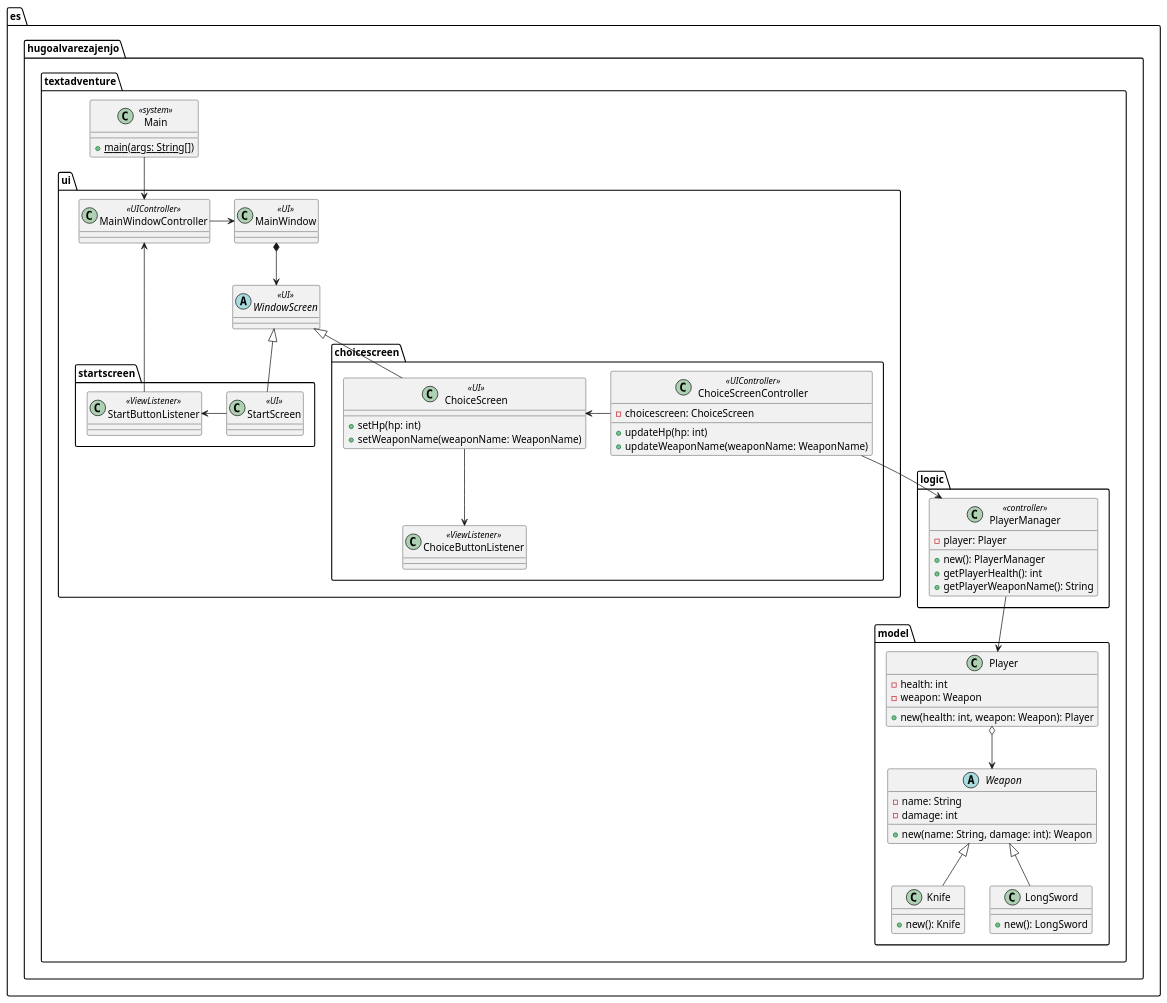
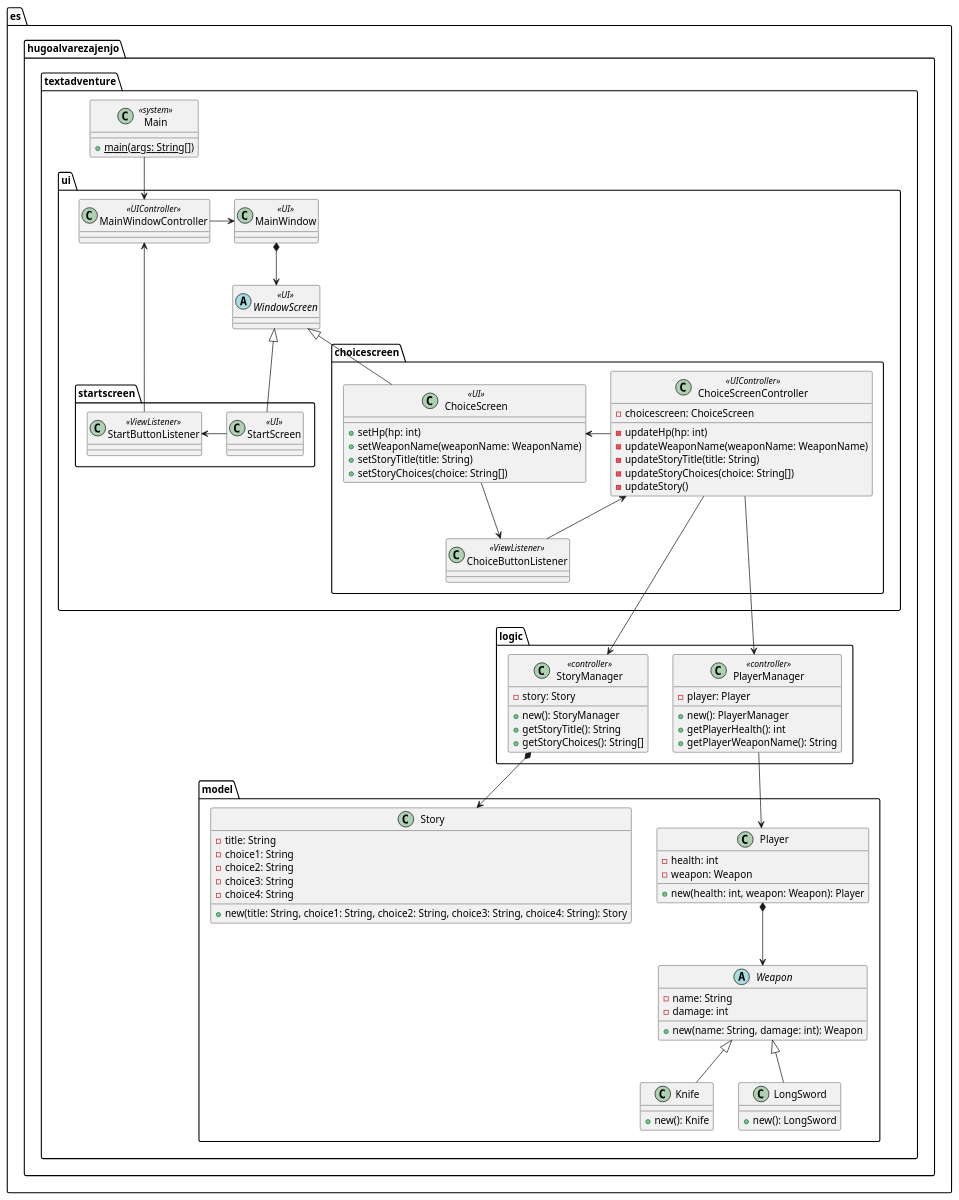
Before and after one commit to HugoAlvarezAjenjo/TextAdventure: the diagram in docs/ClassDiagram.puml, drawn with PlantUML.

Commit message:
docs: UML Model Choice Button listener

```diff
--- a/docs/ClassDiagram.puml
+++ b/docs/ClassDiagram.puml
@@ -1,87 +1,112 @@
 @startuml TextAdventure Class Diagram
 package es.hugoalvarezajenjo.textadventure {
     package model {
         class Player {
             - health: int
             - weapon: Weapon
             + new(health: int, weapon: Weapon): Player
         }
 
         abstract Weapon{
             - name: String
             - damage: int
             + new(name: String, damage: int): Weapon
         }
 
         class Knife {
             + new(): Knife
         }
-         class LongSword {
+        class LongSword {
             + new(): LongSword
+        }
+
+        class Story {
+            - title: String
+            - choice1: String
+            - choice2: String
+            - choice3: String
+            - choice4: String
+            + new(title: String, choice1: String, choice2: String, choice3: String, choice4: String): Story
         }
     }
 
     package logic {
         class PlayerManager <<controller>>{
             - player: Player
             + new(): PlayerManager
             + getPlayerHealth(): int
             + getPlayerWeaponName(): String
+        }
+
+        class StoryManager <<controller>> {
+            - story: Story
+            + new(): StoryManager
+            + getStoryTitle(): String
+            + getStoryChoices(): String[]
         }
     }
 
     package ui {
         class MainWindow <<UI>>
         class MainWindowController <<UIController>>
         abstract WindowScreen <<UI>>
 
         package startscreen {
             class StartScreen <<UI>>
             class StartButtonListener <<ViewListener>>
         }
 
         package choicescreen {
             class ChoiceScreen <<UI>> {
                 + setHp(hp: int)
                 + setWeaponName(weaponName: WeaponName)
+                + setStoryTitle(title: String)
+                + setStoryChoices(choice: String[])
             }
             class ChoiceScreenController <<UIController>> {
                 - choicescreen: ChoiceScreen
-                + updateHp(hp: int)
-                + updateWeaponName(weaponName: WeaponName)
+                - updateHp(hp: int)
+                - updateWeaponName(weaponName: WeaponName)
+                - updateStoryTitle(title: String)
+                - updateStoryChoices(choice: String[])
+                - updateStory()
             }
             class ChoiceButtonListener <<ViewListener>>
         }
 
     }
 
     class Main <<system>>{
         + {static} main(args: String[])
     }
 }
 
 WindowScreen <|-- StartScreen
 WindowScreen <|-- ChoiceScreen
 
 Weapon <|-- Knife
 Weapon <|-- LongSword
 
 Main --> MainWindowController
 
 MainWindowController -> MainWindow
 
 MainWindow *--> WindowScreen
 
 StartButtonListener <- StartScreen
 MainWindowController <-- StartButtonListener
 
 ChoiceScreen <- ChoiceScreenController
-ChoiceScreenController --> PlayerManager
+ChoiceScreen --> ChoiceButtonListener
+ChoiceScreenController <-- ChoiceButtonListener
+ChoiceScreenController ---> PlayerManager
+ChoiceScreenController ---> StoryManager
 
-ChoiceScreen --> ChoiceButtonListener
 
 PlayerManager --> Player
 
-Player o--> Weapon
+Player *--> Weapon
+
+StoryManager *--> Story
 
 @enduml
```
